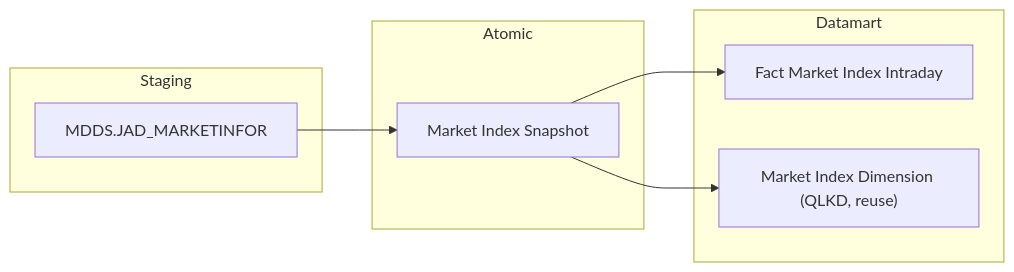
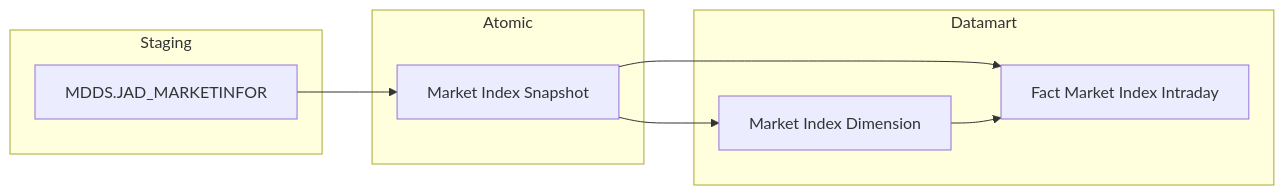
The third of 57 diagrams in Datamart/hld/DTM_GSTT_HLD.md (linhlvit/ubck_atomic_design), drawn with Mermaid before and after one commit. The commit also changed other lines of this file and 21 other files, not shown here.

````diff
--- a/Datamart/hld/DTM_GSTT_HLD.md
+++ b/Datamart/hld/DTM_GSTT_HLD.md
@@ -94,16 +95,17 @@
 ```mermaid
 flowchart LR
     subgraph SRC["Staging"]
         S2E["MDDS.JAD_MARKETINFOR"]
     end
     subgraph SIL["Atomic"]
         A2D["Market Index Snapshot"]
     end
     subgraph GOLD["Datamart"]
         fct_market_index_intraday["Fact Market Index Intraday"]
-        market_index_dim2["Market Index Dimension (QLKD, reuse)"]
+        market_index_dim2["Market Index Dimension"]
     end
     S2E --> A2D
     A2D --> fct_market_index_intraday
     A2D --> market_index_dim2
+    market_index_dim2 --> fct_market_index_intraday
 ```
````
